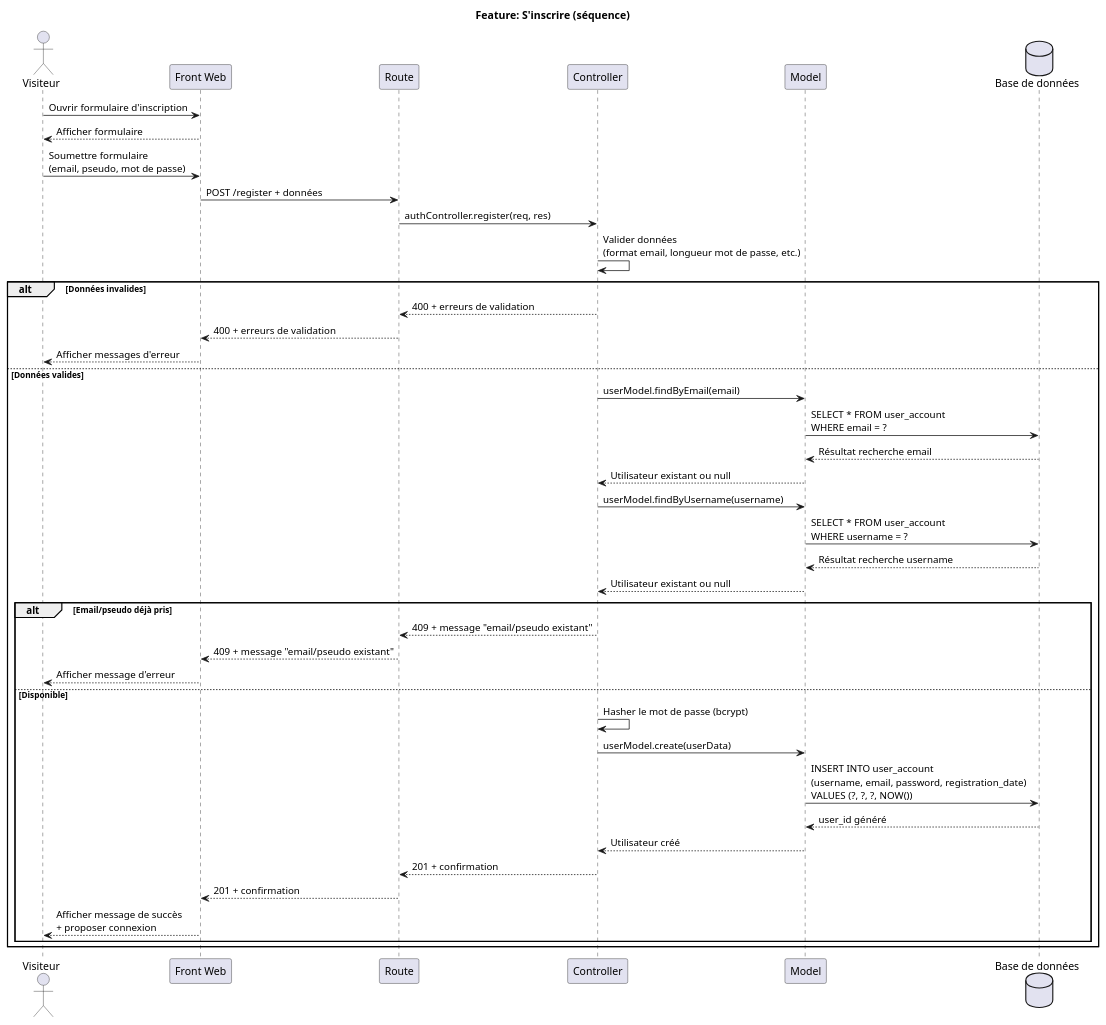
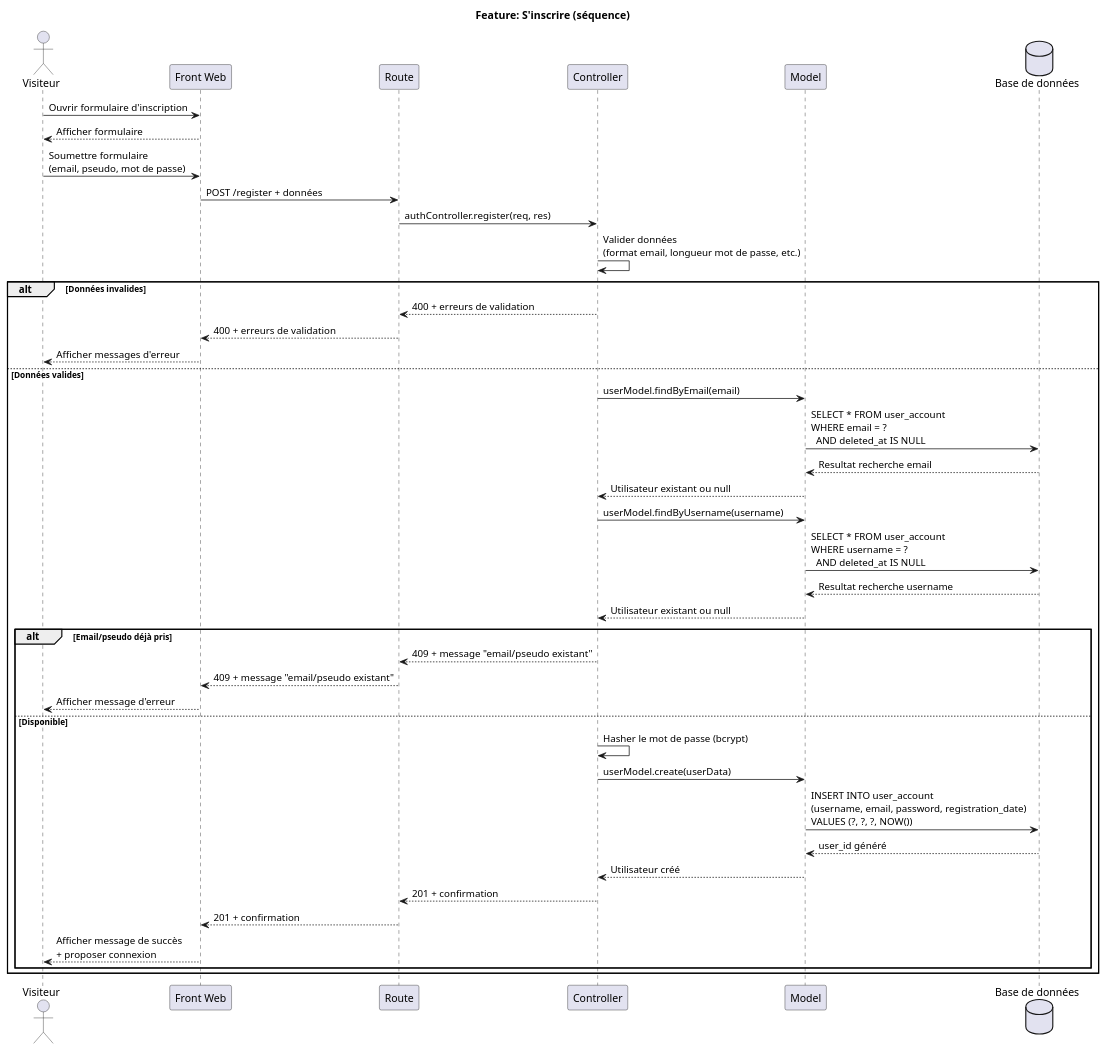
The diagram in uml/sequence/register.puml (Zodiarche/MyGameList), drawn with PlantUML before and after one commit. The commit also changed 52 other files, not shown here.

Commit message:
Ajout de tests BDD + ajustements des diagrammes selon le MPD

```diff
--- a/uml/sequence/register.puml
+++ b/uml/sequence/register.puml
@@ -1,47 +1,47 @@
 @startuml Feature_Inscription_Sequence
 title Feature: S'inscrire (séquence)
 actor Visiteur
 participant "Front Web" as Front
 participant "Route" as Route
 participant "Controller" as Controller
 participant "Model" as Model
 database "Base de données" as BDD
 
 Visiteur -> Front: Ouvrir formulaire d'inscription
 Front --> Visiteur: Afficher formulaire
 Visiteur -> Front: Soumettre formulaire\n(email, pseudo, mot de passe)
 Front -> Route: POST /register + données
 Route -> Controller: authController.register(req, res)
 Controller -> Controller: Valider données\n(format email, longueur mot de passe, etc.)
 
 alt Données invalides
 Controller --> Route: 400 + erreurs de validation
 Route --> Front: 400 + erreurs de validation
 Front --> Visiteur: Afficher messages d'erreur
 else Données valides
 Controller -> Model: userModel.findByEmail(email)
-Model -> BDD: SELECT * FROM user_account\nWHERE email = ?
-BDD --> Model: Résultat recherche email
+Model -> BDD: SELECT * FROM user_account\nWHERE email = ?\n  AND deleted_at IS NULL
+BDD --> Model: Resultat recherche email
 Model --> Controller: Utilisateur existant ou null
 
 Controller -> Model: userModel.findByUsername(username)
-Model -> BDD: SELECT * FROM user_account\nWHERE username = ?
-BDD --> Model: Résultat recherche username
+Model -> BDD: SELECT * FROM user_account\nWHERE username = ?\n  AND deleted_at IS NULL
+BDD --> Model: Resultat recherche username
 Model --> Controller: Utilisateur existant ou null
 
 alt Email/pseudo déjà pris
 Controller --> Route: 409 + message "email/pseudo existant"
 Route --> Front: 409 + message "email/pseudo existant"
 Front --> Visiteur: Afficher message d'erreur
 else Disponible
 Controller -> Controller: Hasher le mot de passe (bcrypt)
 Controller -> Model: userModel.create(userData)
 Model -> BDD: INSERT INTO user_account\n(username, email, password, registration_date)\nVALUES (?, ?, ?, NOW())
 BDD --> Model: user_id généré
 Model --> Controller: Utilisateur créé
 Controller --> Route: 201 + confirmation
 Route --> Front: 201 + confirmation
 Front --> Visiteur: Afficher message de succès\n+ proposer connexion
 end
 end
 @enduml
```
